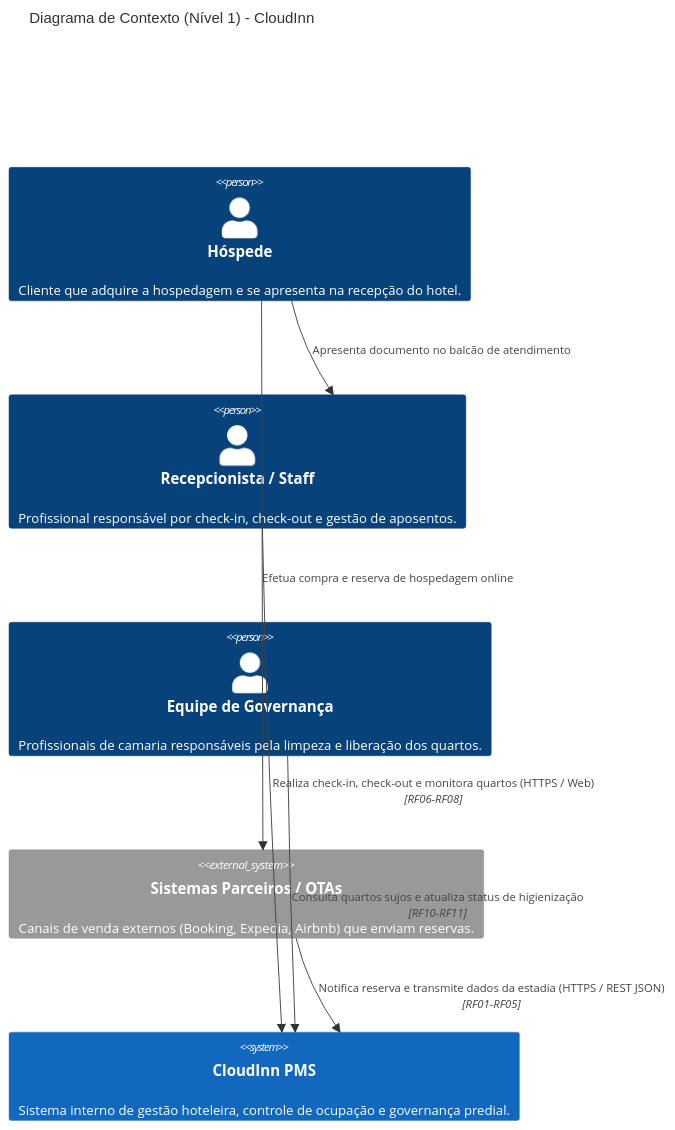
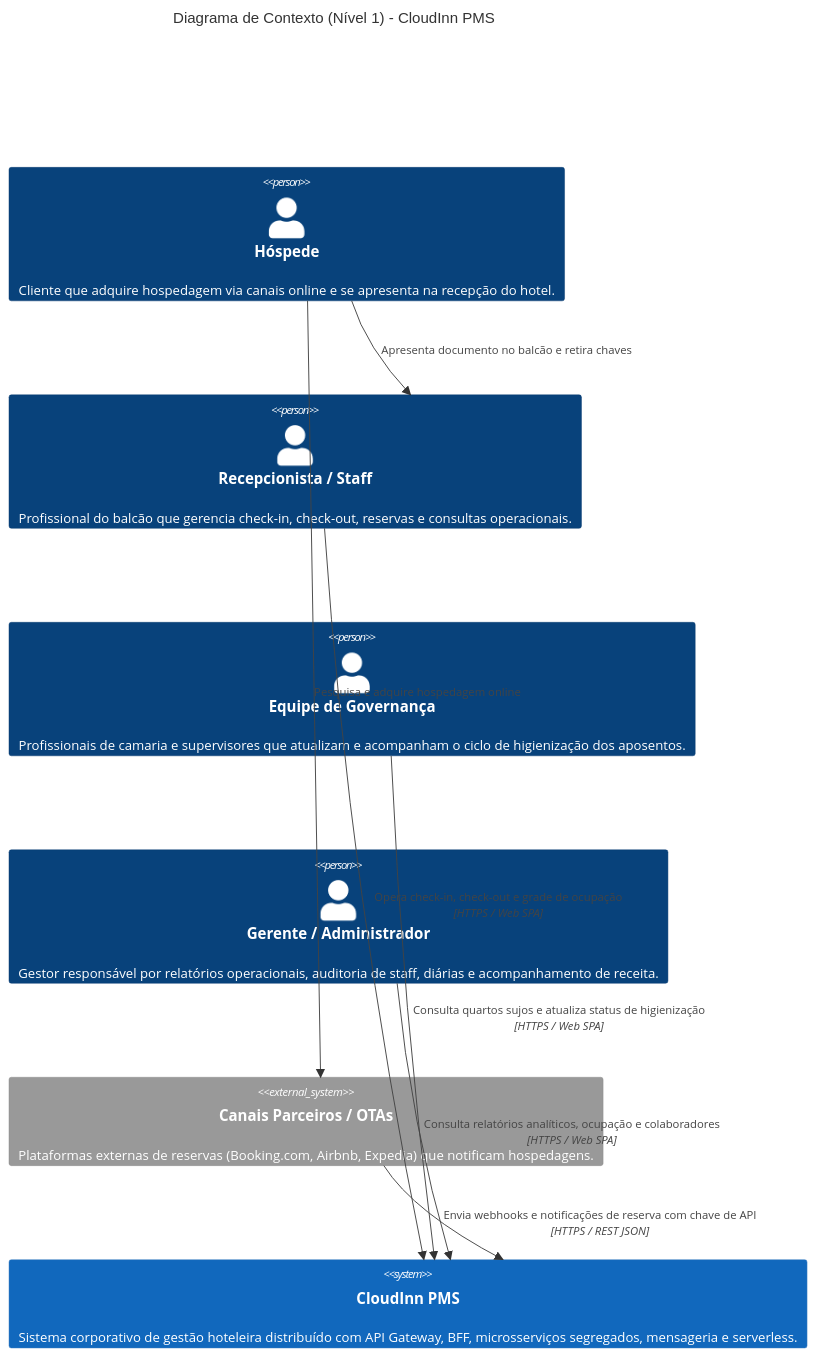
Before and after one commit to LucasAioriaSerpa/CloudInn: the first of 2 diagrams in doc/arc42-arquitetura-sistemica-cloudInn.md, drawn with Mermaid. The commit also changed other lines of this file and 73 other files, not shown here.

Commit message:
Diagrams assets

````diff
--- a/doc/arc42-arquitetura-sistemica-cloudInn.md
+++ b/doc/arc42-arquitetura-sistemica-cloudInn.md
@@ -94,20 +237,22 @@
 ```mermaid
 C4Context
-    title Diagrama de Contexto (Nível 1) - CloudInn
+    title Diagrama de Contexto (Nível 1) - CloudInn PMS
 
-    Person(hospede, "Hóspede", "Cliente que adquire a hospedagem e se apresenta na recepção do hotel.")
-    Person(recepcionista, "Recepcionista / Staff", "Profissional responsável por check-in, check-out e gestão de aposentos.")
-    Person(governanca, "Equipe de Governança", "Profissionais de camaria responsáveis pela limpeza e liberação dos quartos.")
+    Person(hospede, "Hóspede", "Cliente que adquire hospedagem via canais online e se apresenta na recepção do hotel.")
+    Person(recepcionista, "Recepcionista / Staff", "Profissional do balcão que gerencia check-in, check-out, reservas e consultas operacionais.")
+    Person(governanca, "Equipe de Governança", "Profissionais de camaria e supervisores que atualizam e acompanham o ciclo de higienização dos aposentos.")
+    Person(gerente, "Gerente / Administrador", "Gestor responsável por relatórios operacionais, auditoria de staff, diárias e acompanhamento de receita.")
 
-    System_Ext(parceiro, "Sistemas Parceiros / OTAs", "Canais de venda externos (Booking, Expedia, Airbnb) que enviam reservas.")
+    System_Ext(ota, "Canais Parceiros / OTAs", "Plataformas externas de reservas (Booking.com, Airbnb, Expedia) que notificam hospedagens.")
 
-    System(cloudinn, "CloudInn PMS", "Sistema interno de gestão hoteleira, controle de ocupação e governança predial.")
+    System(cloudinn, "CloudInn PMS", "Sistema corporativo de gestão hoteleira distribuído com API Gateway, BFF, microsserviços segregados, mensageria e serverless.")
 
-    Rel(hospede, parceiro, "Efetua compra e reserva de hospedagem online")
-    Rel(parceiro, cloudinn, "Notifica reserva e transmite dados da estadia (HTTPS / REST JSON)", "RF01-RF05")
-    Rel(recepcionista, cloudinn, "Realiza check-in, check-out e monitora quartos (HTTPS / Web)", "RF06-RF08")
-    Rel(governanca, cloudinn, "Consulta quartos sujos e atualiza status de higienização", "RF10-RF11")
-    Rel(hospede, recepcionista, "Apresenta documento no balcão de atendimento")
+    Rel(hospede, ota, "Pesquisa e adquire hospedagem online")
+    Rel(hospede, recepcionista, "Apresenta documento no balcão e retira chaves")
+    Rel(recepcionista, cloudinn, "Opera check-in, check-out e grade de ocupação", "HTTPS / Web SPA")
+    Rel(governanca, cloudinn, "Consulta quartos sujos e atualiza status de higienização", "HTTPS / Web SPA")
+    Rel(gerente, cloudinn, "Consulta relatórios analíticos, ocupação e colaboradores", "HTTPS / Web SPA")
+    Rel(ota, cloudinn, "Envia webhooks e notificações de reserva com chave de API", "HTTPS / REST JSON")
 
     UpdateLayoutConfig($c4ShapeInRow="3", $c4BoundaryInRow="2")
 ```
````
